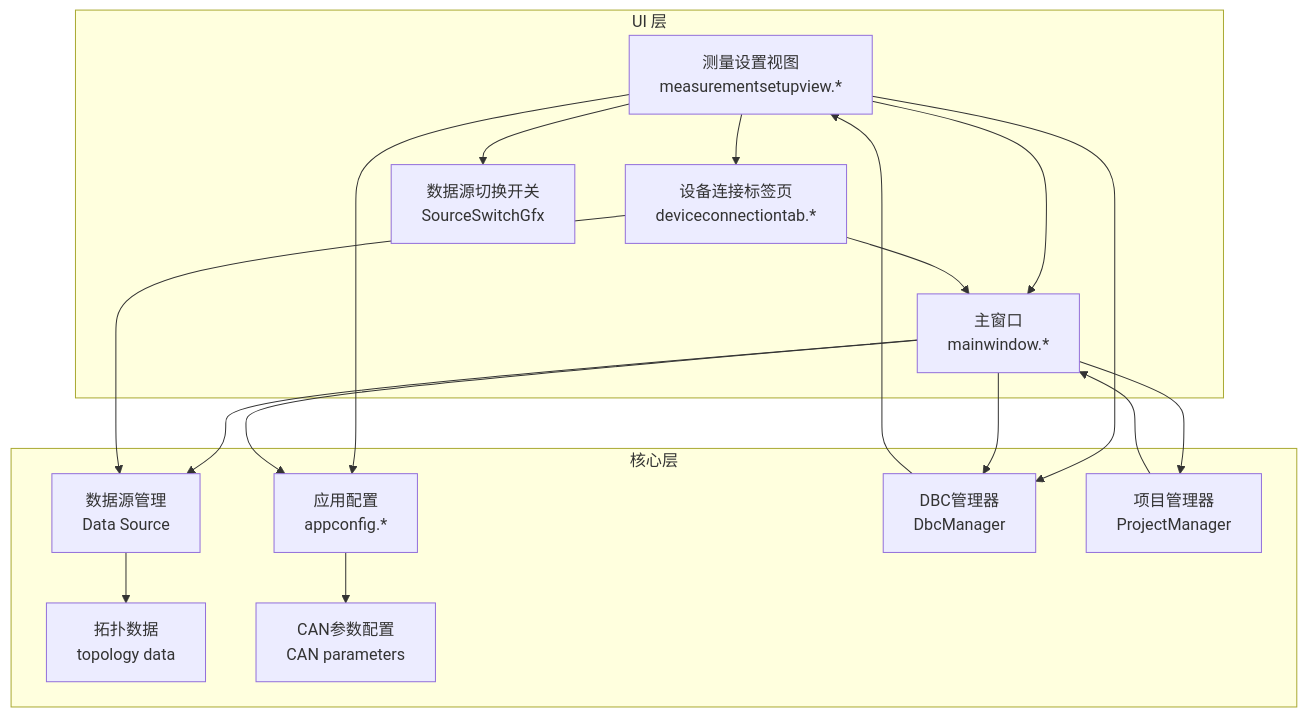
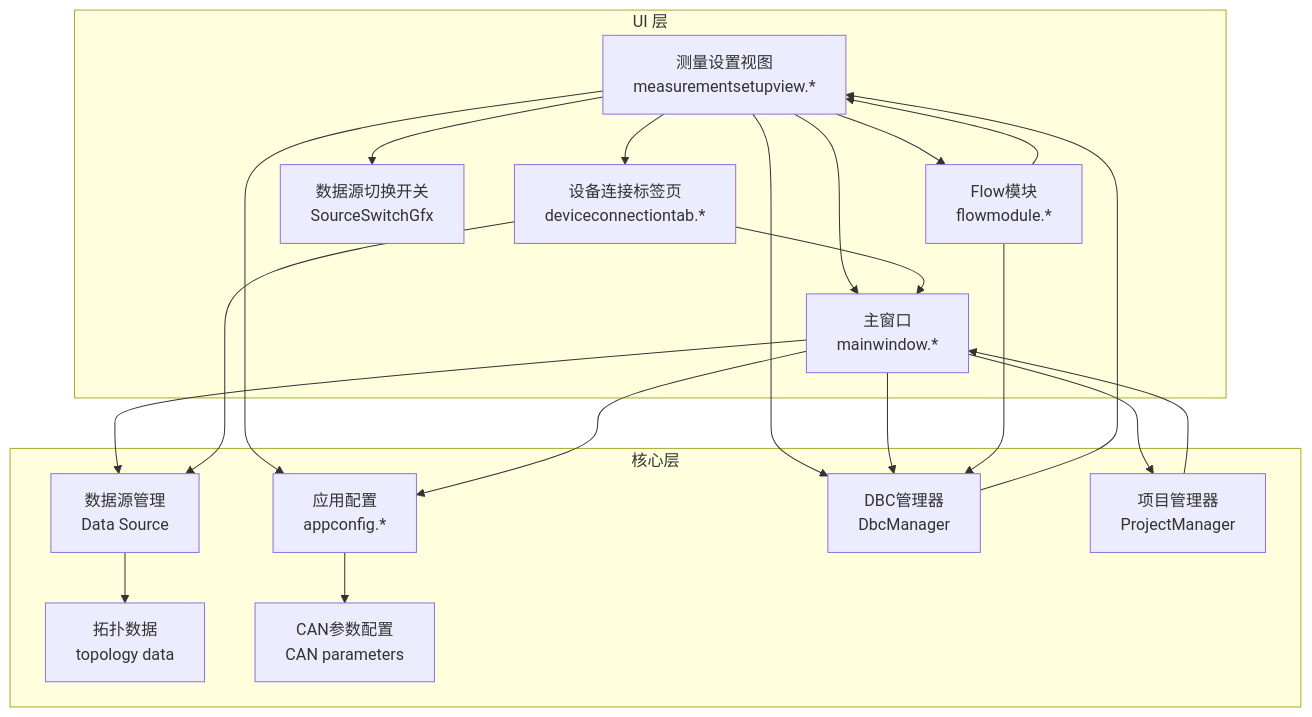
One commit to jakecai1225-design/OpenBus changed the first of 10 diagrams in .qoder/repowiki/zh/content/架构设计/UI系统设计/测量设置视图组件.md. Above: the diagram before and after it, drawn with Mermaid. The commit also changed other lines of this file and 10 other files, not shown here.

````diff
--- a/.qoder/repowiki/zh/content/架构设计/UI系统设计/测量设置视图组件.md
+++ b/.qoder/repowiki/zh/content/架构设计/UI系统设计/测量设置视图组件.md
@@ -48,32 +49,36 @@
 ```mermaid
 graph TB
 subgraph "UI 层"
 MSV["测量设置视图<br/>measurementsetupview.*"]
 MW["主窗口<br/>mainwindow.*"]
 DCT["设备连接标签页<br/>deviceconnectiontab.*"]
 SSG["数据源切换开关<br/>SourceSwitchGfx"]
+FM["Flow模块<br/>flowmodule.*"]
 end
 subgraph "核心层"
 AC["应用配置<br/>appconfig.*"]
 TD["拓扑数据<br/>topology data"]
 CP["CAN参数配置<br/>CAN parameters"]
 DS["数据源管理<br/>Data Source"]
 DM["DBC管理器<br/>DbcManager"]
 PM["项目管理器<br/>ProjectManager"]
 end
 MSV --> MW
 MSV --> DCT
 MSV --> AC
 MSV --> SSG
+MSV --> FM
 MSV --> DM
 MW --> AC
 MW --> DS
 MW --> PM
 MW --> DM
 DCT --> MW
 DCT --> DS
 AC --> CP
 DS --> TD
 DM --> MSV
 PM --> MW
+FM --> MSV
+FM --> DM
 ```
````
